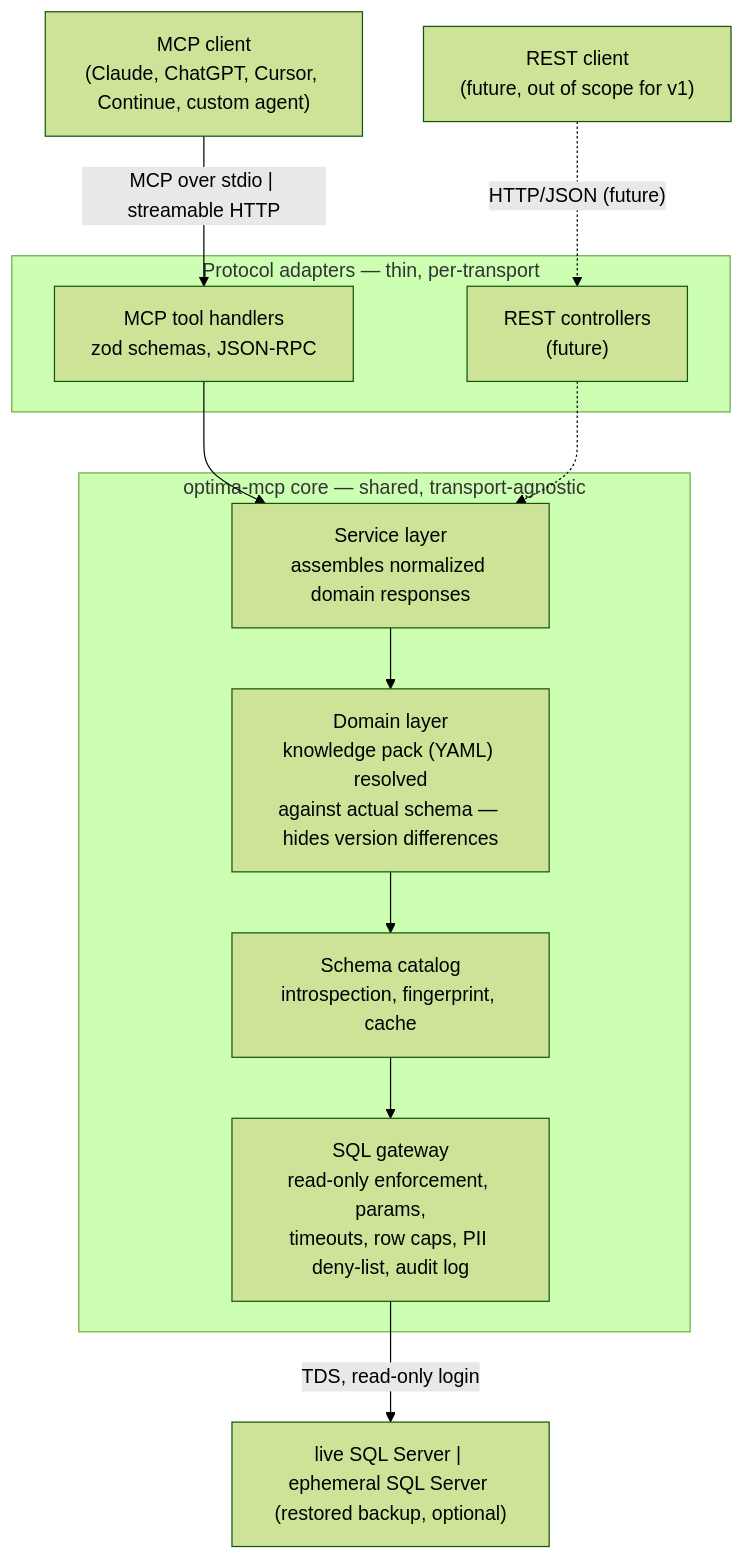
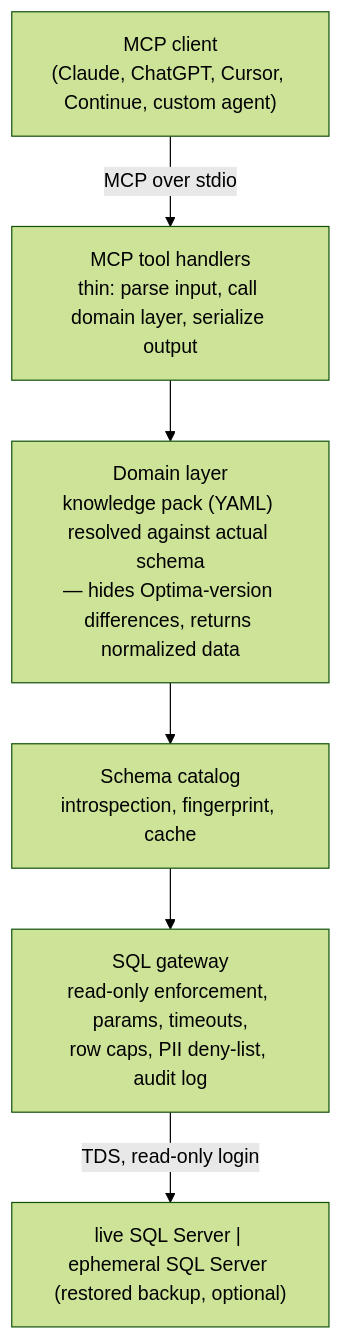
Before and after one commit to lukaszfiszer/optima-mcp: the diagram in docs/research/03-architecture.md, drawn with Mermaid (forest theme). The commit also changed other lines of this file, not shown here.

Commit message:
docs: collapse service layer into domain layer, simplify diagram
Redundant layer once the analysis engine was removed - the "service
layer" and domain layer did the same job. One diagram, one straight
pipeline: handlers -> domain layer -> catalog -> gateway -> DB. REST
extensibility is now a one-line consequence of thin handlers, not a
drawn layer for something unbuilt.

````diff
--- a/docs/research/03-architecture.md
+++ b/docs/research/03-architecture.md
@@ -5,28 +5,11 @@
 ```mermaid
 flowchart TB
-    MCPClient["MCP client\n(Claude, ChatGPT, Cursor, Continue, custom agent)"]
-    RESTClient["REST client\n(future, out of scope for v1)"]
-
-    subgraph Adapters["Protocol adapters — thin, per-transport"]
-        MCPAdapter["MCP tool handlers\nzod schemas, JSON-RPC"]
-        RESTAdapter["REST controllers\n(future)"]
-    end
-
-    subgraph Core["optima-mcp core — shared, transport-agnostic"]
-        Service["Service layer\nassembles normalized domain responses"]
-        Domain["Domain layer\nknowledge pack (YAML) resolved\nagainst actual schema — hides version differences"]
-        Catalog["Schema catalog\nintrospection, fingerprint, cache"]
-        Gateway["SQL gateway\nread-only enforcement, params,\ntimeouts, row caps, PII deny-list, audit log"]
-    end
-
+    Client["MCP client\n(Claude, ChatGPT, Cursor, Continue, custom agent)"]
+    Handlers["MCP tool handlers\nthin: parse input, call domain layer, serialize output"]
+    Domain["Domain layer\nknowledge pack (YAML) resolved against actual schema\n— hides Optima-version differences, returns normalized data"]
+    Catalog["Schema catalog\nintrospection, fingerprint, cache"]
+    Gateway["SQL gateway\nread-only enforcement, params, timeouts,\nrow caps, PII deny-list, audit log"]
     DB["live SQL Server | ephemeral SQL Server (restored backup, optional)"]
 
-    MCPClient -->|"MCP over stdio | streamable HTTP"| MCPAdapter
-    RESTClient -.->|"HTTP/JSON (future)"| RESTAdapter
-    MCPAdapter --> Service
-    RESTAdapter -.-> Service
-    Service --> Domain
-    Domain --> Catalog
-    Catalog --> Gateway
-    Gateway -->|"TDS, read-only login"| DB
+    Client -->|"MCP over stdio"| Handlers --> Domain --> Catalog --> Gateway -->|"TDS, read-only login"| DB
 ```
````
